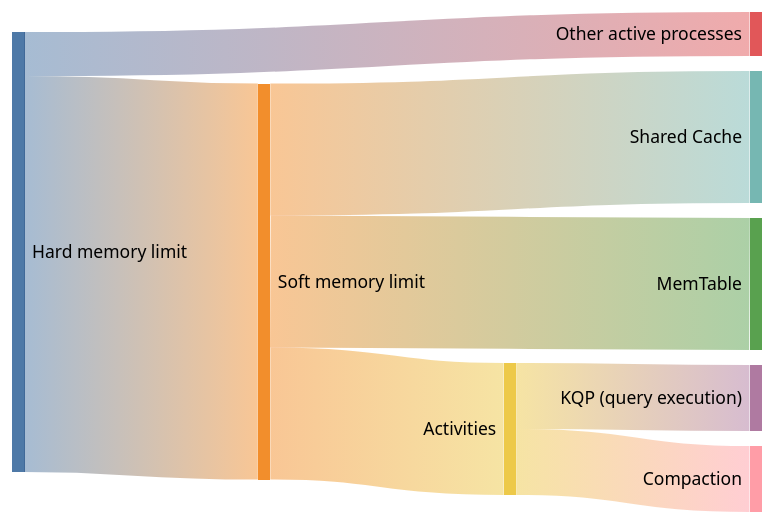
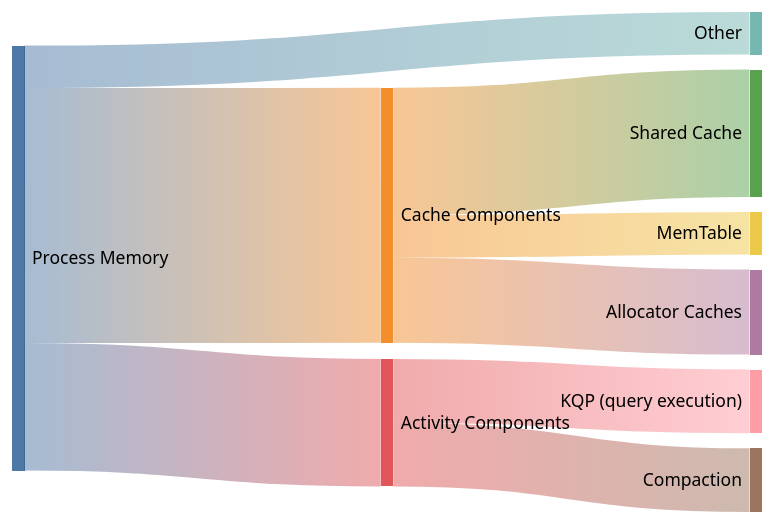
One commit to ydb-platform/ydb changed the diagram in ydb/docs/en/core/reference/configuration/memory_controller_config.md. Above: the diagram before and after it, drawn with Mermaid (forest theme). The commit also changed 1 other file, not shown here.

Commit message:
Fix review comments

````diff
--- a/ydb/docs/en/core/reference/configuration/memory_controller_config.md
+++ b/ydb/docs/en/core/reference/configuration/memory_controller_config.md
@@ -16,19 +16,19 @@
 ```mermaid
 ---
 config:
   sankey:
     showValues: false
 ---
 sankey-beta
 
-Hard memory limit,Soft memory limit,90
-Hard memory limit,"Other active processes",10
+Process Memory,Cache Components,60
+Process Memory,Activity Components, 30
+Process Memory,Other,10
 
-Soft memory limit,Shared Cache, 30
-Soft memory limit,MemTable, 30
-Soft memory limit,Activities, 30
+Cache Components,Shared Cache, 30
+Cache Components,MemTable, 10
+Cache Components,Allocator Caches, 20
 
-Activities,"KQP (query
-execution)", 15
-Activities,Compaction, 15
+Activity Components,"KQP (query execution)", 15
+Activity Components,Compaction, 15
 ```
````
